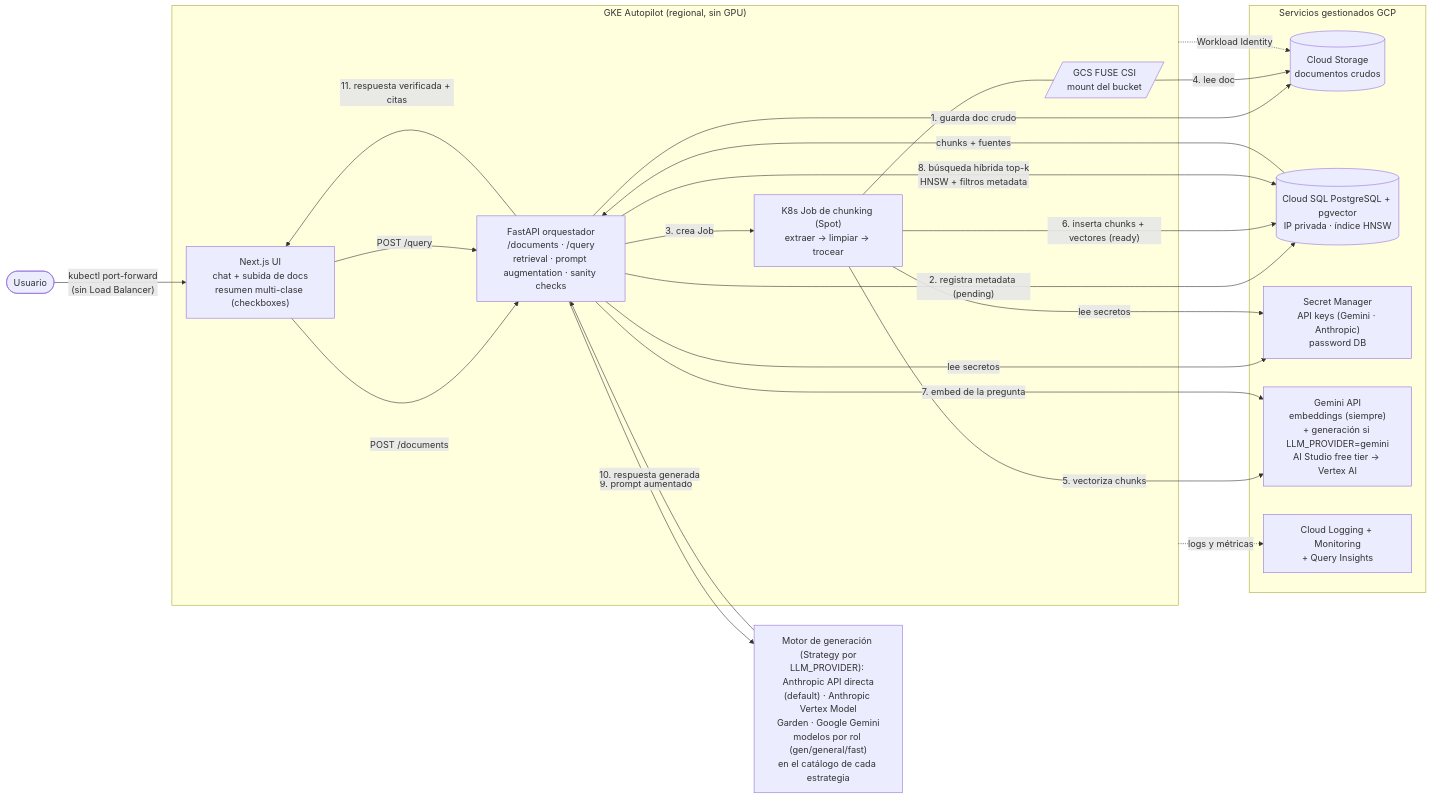
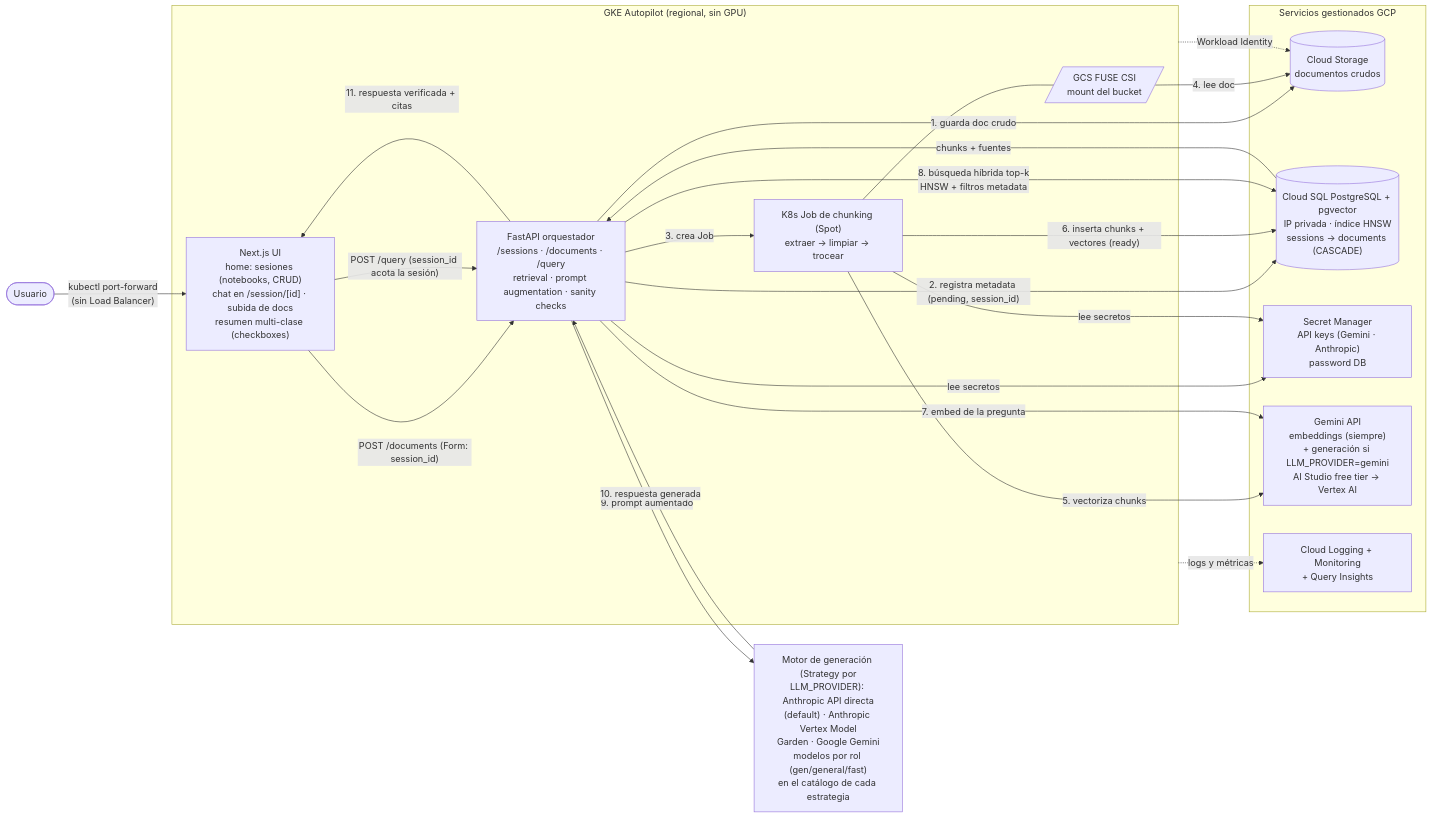
Before and after one commit to efraxpc/rag-university-learning: the diagram in diagram.mmd, drawn with Mermaid. The commit also changed 17 other files, not shown here.

```diff
--- a/diagram.mmd
+++ b/diagram.mmd
@@ -1,44 +1,44 @@
 flowchart LR
     U([Usuario]) -->|"kubectl port-forward<br/>(sin Load Balancer)"| FE
 
     subgraph GKE["GKE Autopilot (regional, sin GPU)"]
-        FE["Next.js UI<br/>chat + subida de docs<br/>resumen multi-clase (checkboxes)"]
-        API["FastAPI orquestador<br/>/documents · /query<br/>retrieval · prompt augmentation · sanity checks"]
+        FE["Next.js UI<br/>home: sesiones (notebooks, CRUD)<br/>chat en /session/[id] · subida de docs<br/>resumen multi-clase (checkboxes)"]
+        API["FastAPI orquestador<br/>/sessions · /documents · /query<br/>retrieval · prompt augmentation · sanity checks"]
         JOB["K8s Job de chunking (Spot)<br/>extraer → limpiar → trocear"]
         FUSE[/"GCS FUSE CSI<br/>mount del bucket"/]
     end
 
     subgraph GCP["Servicios gestionados GCP"]
         GCS[("Cloud Storage<br/>documentos crudos")]
-        DB[("Cloud SQL PostgreSQL + pgvector<br/>IP privada · índice HNSW")]
+        DB[("Cloud SQL PostgreSQL + pgvector<br/>IP privada · índice HNSW<br/>sessions → documents (CASCADE)")]
         SM["Secret Manager<br/>API keys (Gemini · Anthropic)<br/>password DB"]
         GEM["Gemini API<br/>embeddings (siempre)<br/>+ generación si LLM_PROVIDER=gemini<br/>AI Studio free tier → Vertex AI"]
         OBS["Cloud Logging + Monitoring<br/>+ Query Insights"]
     end
 
     LLM["Motor de generación (Strategy por<br/>LLM_PROVIDER): Anthropic API directa<br/>(default) · Anthropic Vertex Model<br/>Garden · Google Gemini<br/>modelos por rol (gen/general/fast)<br/>en el catálogo de cada estrategia"]
 
     %% Flujo A: ingesta (bajo demanda)
-    FE -->|"POST /documents"| API
+    FE -->|"POST /documents (Form: session_id)"| API
     API -->|"1. guarda doc crudo"| GCS
-    API -->|"2. registra metadata (pending)"| DB
+    API -->|"2. registra metadata (pending, session_id)"| DB
     API -->|"3. crea Job"| JOB
     JOB --- FUSE
     FUSE -->|"4. lee doc"| GCS
     JOB -->|"5. vectoriza chunks"| GEM
     JOB -->|"6. inserta chunks + vectores (ready)"| DB
 
     %% Flujo B: consulta (tiempo real)
-    FE -->|"POST /query"| API
+    FE -->|"POST /query (session_id acota la sesión)"| API
     API -->|"7. embed de la pregunta"| GEM
     API -->|"8. búsqueda híbrida top-k<br/>HNSW + filtros metadata"| DB
     DB -->|"chunks + fuentes"| API
     API -->|"9. prompt aumentado"| LLM
     LLM -->|"10. respuesta generada"| API
     API -->|"11. respuesta verificada + citas"| FE
 
     %% Transversal
     API -->|"lee secretos"| SM
     JOB -->|"lee secretos"| SM
     GKE -.->|"Workload Identity"| GCS
     GKE -.->|"logs y métricas"| OBS
```
